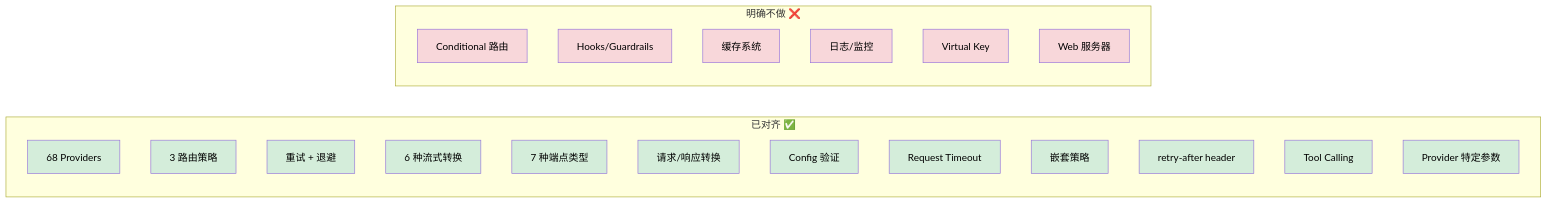
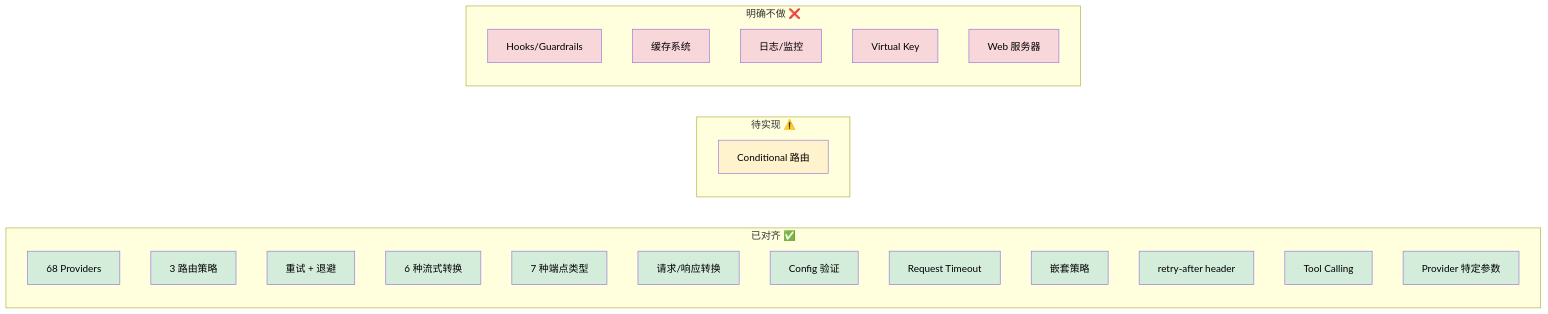
The diagram in docs/PORTKEY_DIFF_REPORT.md (xandersbell/chainr), drawn with Mermaid before and after one commit. The commit also changed other lines of this file and 1 other file, not shown here.

First line of the commit message:
docs: restore conditional routing as P1 route strategy, not management feature

````diff
--- a/docs/PORTKEY_DIFF_REPORT.md
+++ b/docs/PORTKEY_DIFF_REPORT.md
@@ -186,45 +195,48 @@
 ```mermaid
 graph LR
     subgraph "已对齐 ✅"
         A[68 Providers]
         B[3 路由策略]
         C[重试 + 退避]
         D[6 种流式转换]
         E[7 种端点类型]
         F[请求/响应转换]
         G[Config 验证]
         H[Request Timeout]
         I[嵌套策略]
         K[retry-after header]
         S[Tool Calling]
         T[Provider 特定参数]
     end
 
+    subgraph "待实现 ⚠️"
+        J[Conditional 路由]
+    end
+
     subgraph "明确不做 ❌"
-        J[Conditional 路由]
         N[Hooks/Guardrails]
         O[缓存系统]
         P[日志/监控]
         Q[Virtual Key]
         R[Web 服务器]
     end
 
     style A fill:#d4edda,color:#000
     style B fill:#d4edda,color:#000
     style C fill:#d4edda,color:#000
     style D fill:#d4edda,color:#000
     style E fill:#d4edda,color:#000
     style F fill:#d4edda,color:#000
     style G fill:#d4edda,color:#000
     style H fill:#d4edda,color:#000
     style I fill:#d4edda,color:#000
     style K fill:#d4edda,color:#000
     style S fill:#d4edda,color:#000
     style T fill:#d4edda,color:#000
-    style J fill:#f8d7da,color:#000
+    style J fill:#fff3cd,color:#000
     style N fill:#f8d7da,color:#000
     style O fill:#f8d7da,color:#000
     style P fill:#f8d7da,color:#000
     style Q fill:#f8d7da,color:#000
     style R fill:#f8d7da,color:#000
 ```
````
